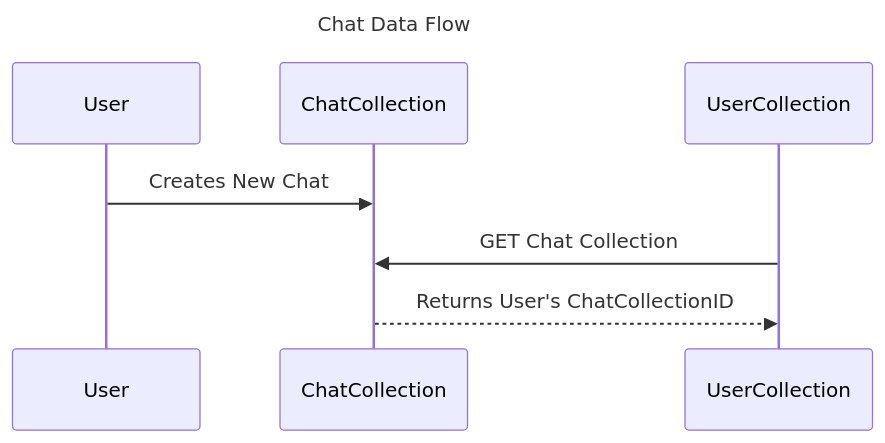
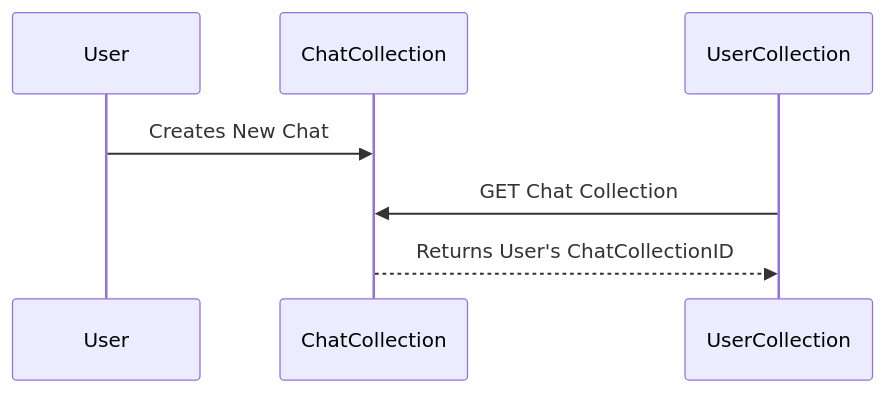
Before and after one commit to shinobiseb/chat-messenger-momo-NEXTJS: the diagram in Diagrams/ChatDataFlow.mmd, drawn with Mermaid. The commit also changed 5 other files, not shown here.

```diff
--- a/Diagrams/ChatDataFlow.mmd
+++ b/Diagrams/ChatDataFlow.mmd
@@ -1,8 +1,4 @@
----
-title: Chat Data Flow
----
-
 sequenceDiagram
     User->>ChatCollection: Creates New Chat
     UserCollection->>ChatCollection: GET Chat Collection
     ChatCollection-->>UserCollection: Returns User's ChatCollectionID
```
